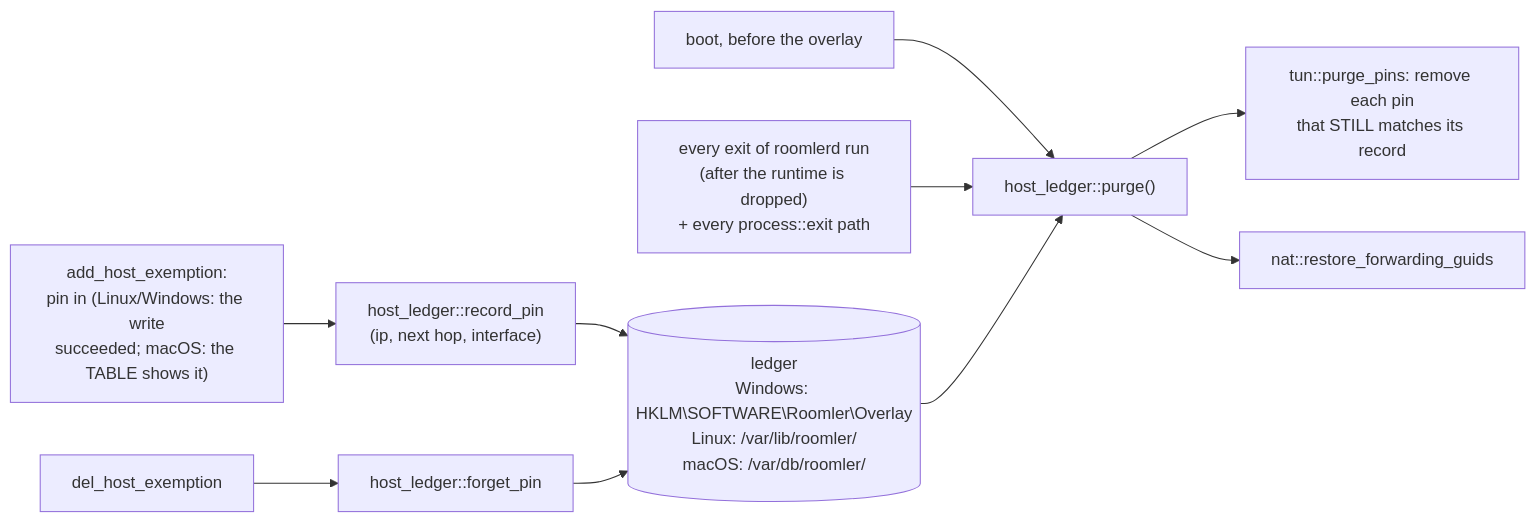
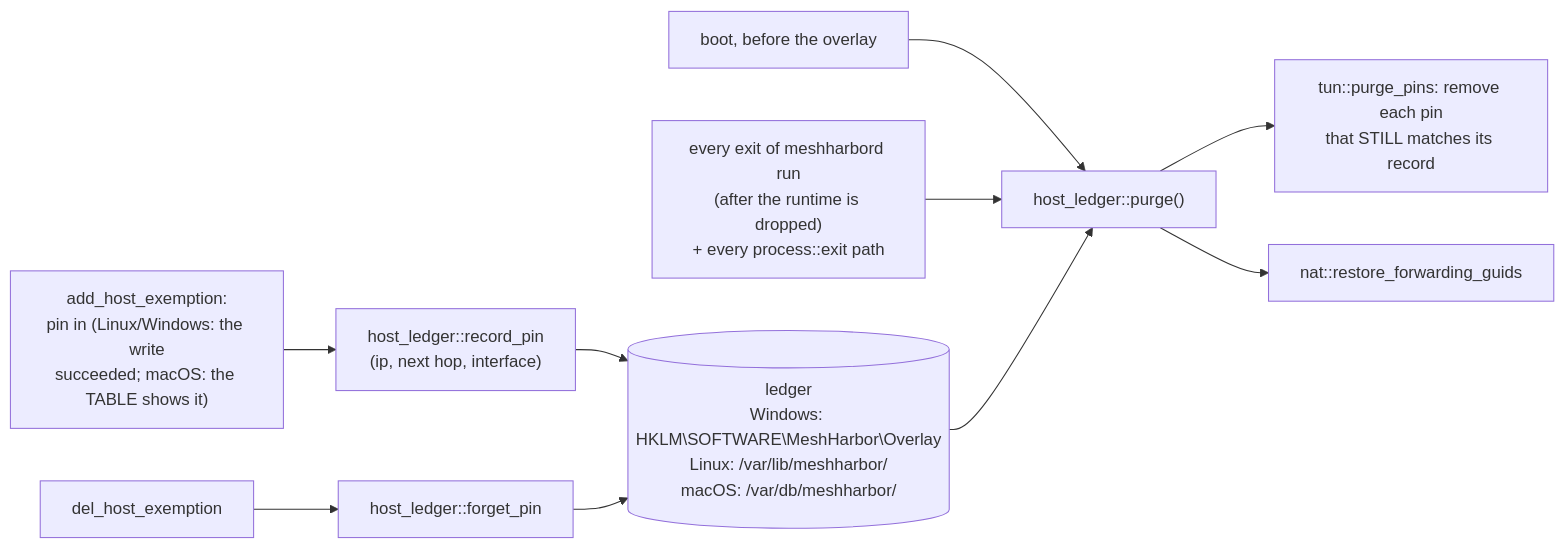
One commit to jk-zhang-meta/MeshHarbor changed the fourth of 8 diagrams in docs/overlay-exit-nodes.md. Above: the diagram before and after it, drawn with Mermaid. The commit also changed other lines of this file and 682 other files, not shown here.

````diff
--- a/docs/overlay-exit-nodes.md
+++ b/docs/overlay-exit-nodes.md
@@ -303,12 +303,12 @@
 ```mermaid
 flowchart LR
     ADD["add_host_exemption:<br/>pin in (Linux/Windows: the write<br/>succeeded; macOS: the TABLE shows it)"] --> REC["host_ledger::record_pin<br/>(ip, next hop, interface)"]
     DEL["del_host_exemption"] --> FORGET["host_ledger::forget_pin"]
-    REC --> STORE[("ledger<br/>Windows: HKLM\SOFTWARE\Roomler\Overlay<br/>Linux: /var/lib/roomler/<br/>macOS: /var/db/roomler/")]
+    REC --> STORE[("ledger<br/>Windows: HKLM\SOFTWARE\MeshHarbor\Overlay<br/>Linux: /var/lib/meshharbor/<br/>macOS: /var/db/meshharbor/")]
     FORGET --> STORE
     BOOT["boot, before the overlay"] --> PURGE["host_ledger::purge()"]
-    EXIT["every exit of roomlerd run<br/>(after the runtime is dropped)<br/>+ every process::exit path"] --> PURGE
+    EXIT["every exit of meshharbord run<br/>(after the runtime is dropped)<br/>+ every process::exit path"] --> PURGE
     STORE --> PURGE
     PURGE --> PINS["tun::purge_pins: remove each pin<br/>that STILL matches its record"]
     PURGE --> FWD["nat::restore_forwarding_guids"]
 ```
````
